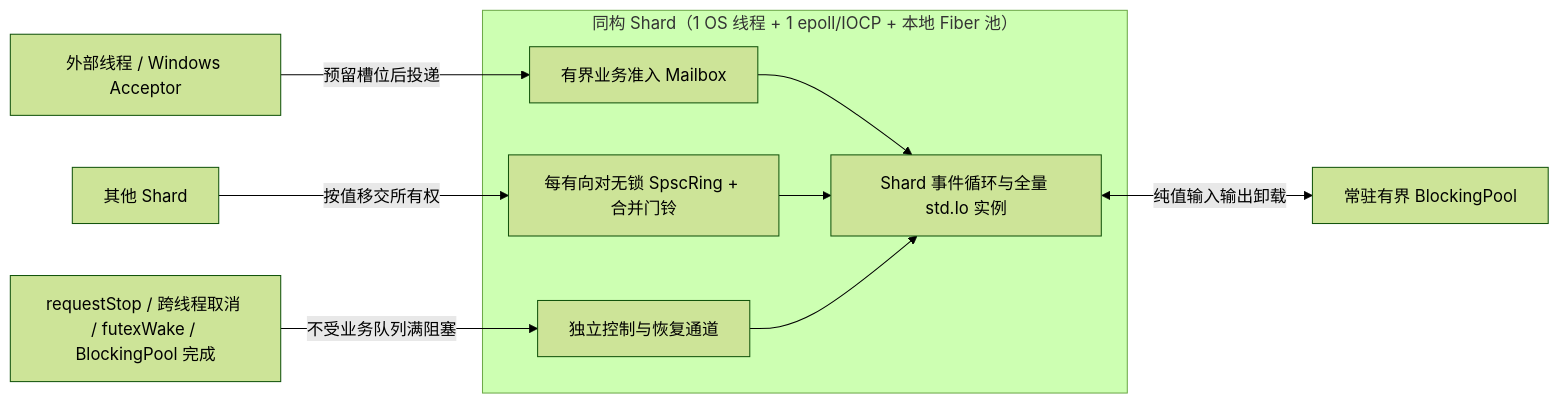
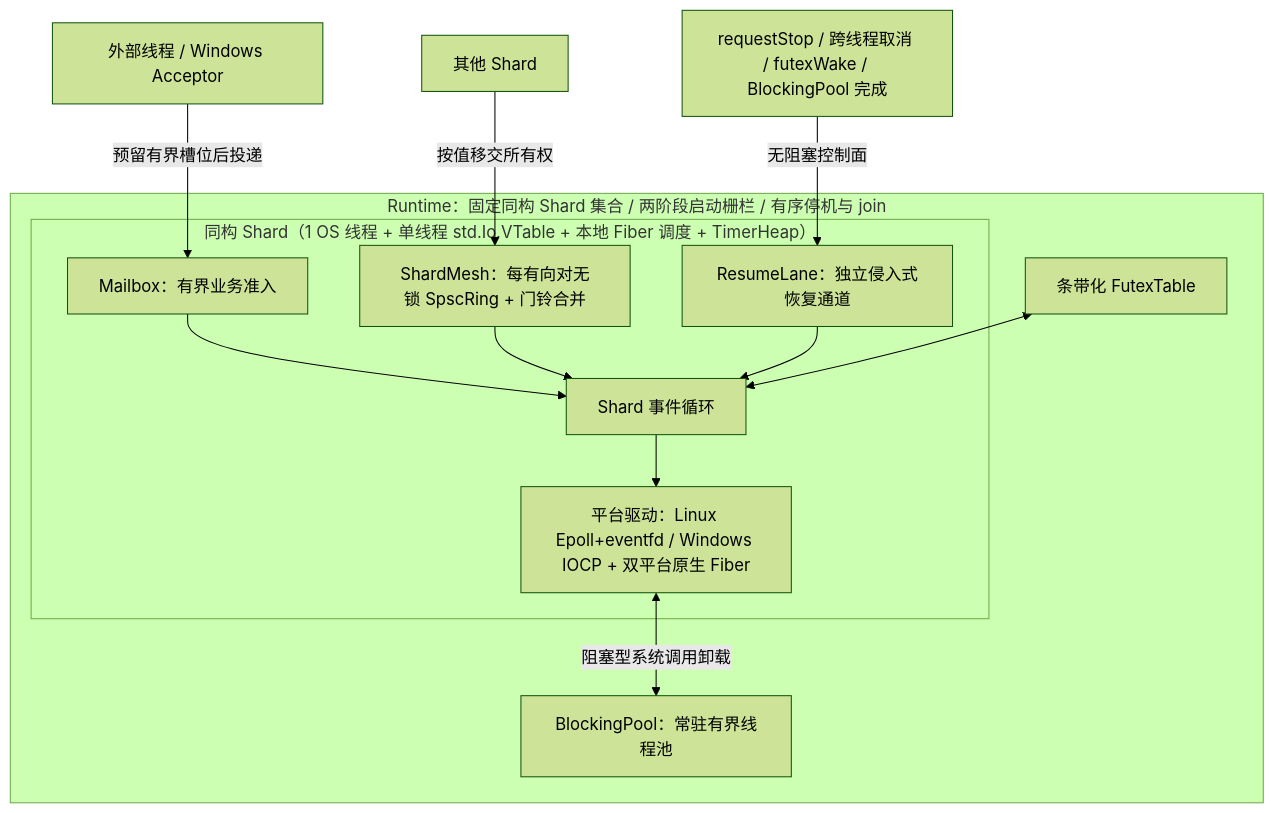
The diagram in AGENTS.md (hyird/islet), drawn with Mermaid (forest theme) before and after one commit. The commit also changed other lines of this file, not shown here.

````diff
--- a/AGENTS.md
+++ b/AGENTS.md
@@ -70,14 +34,17 @@
 ```mermaid
-flowchart LR
-    ext["外部线程 / Windows Acceptor"] -->|"预留槽位后投递"| mbox["有界业务准入 Mailbox"]
-    peer["其他 Shard"] -->|"按值移交所有权"| spsc["每有向对无锁 SpscRing + 合并门铃"]
-    ctrl["requestStop / 跨线程取消 / futexWake / BlockingPool 完成"] -->|"不受业务队列满阻塞"| clane["独立控制与恢复通道"]
+flowchart TB
+    ext["外部线程 / Windows Acceptor"] -->|"预留有界槽位后投递"| mbox["Mailbox：有界业务准入"]
+    peer["其他 Shard"] -->|"按值移交所有权"| mesh["ShardMesh：每有向对无锁 SpscRing + 门铃合并"]
+    ctrl["requestStop / 跨线程取消 / futexWake / BlockingPool 完成"] -->|"无阻塞控制面"| clane["ResumeLane：独立侵入式恢复通道"]
 
-    subgraph owner ["同构 Shard（1 OS 线程 + 1 epoll/IOCP + 本地 Fiber 池）"]
-        mbox --> loop["Shard 事件循环与全量 std.Io 实例"]
-        spsc --> loop
-        clane --> loop
+    subgraph rt ["Runtime：固定同构 Shard 集合 / 两阶段启动栅栏 / 有序停机与 join"]
+        subgraph owner ["同构 Shard（1 OS 线程 + 单线程 std.Io.VTable + 本地 Fiber 调度 + TimerHeap）"]
+            mbox --> loop["Shard 事件循环"]
+            mesh --> loop
+            clane --> loop
+            loop --> drv["平台驱动：Linux Epoll+eventfd / Windows IOCP + 双平台原生 Fiber"]
+        end
+        drv <-->|"阻塞型系统调用卸载"| bpool["BlockingPool：常驻有界线程池"]
+        ft["条带化 FutexTable"] <--> loop
     end
-
-    loop <-->|"纯值输入输出卸载"| bpool["常驻有界 BlockingPool"]
 ```
````
